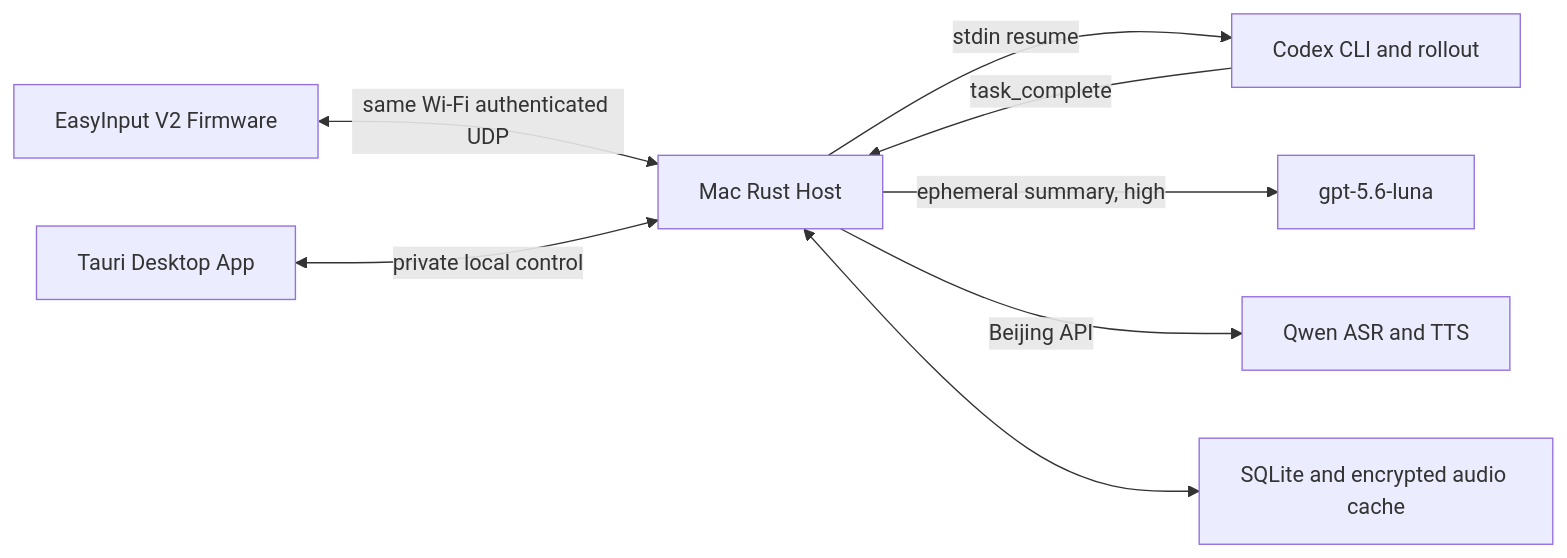
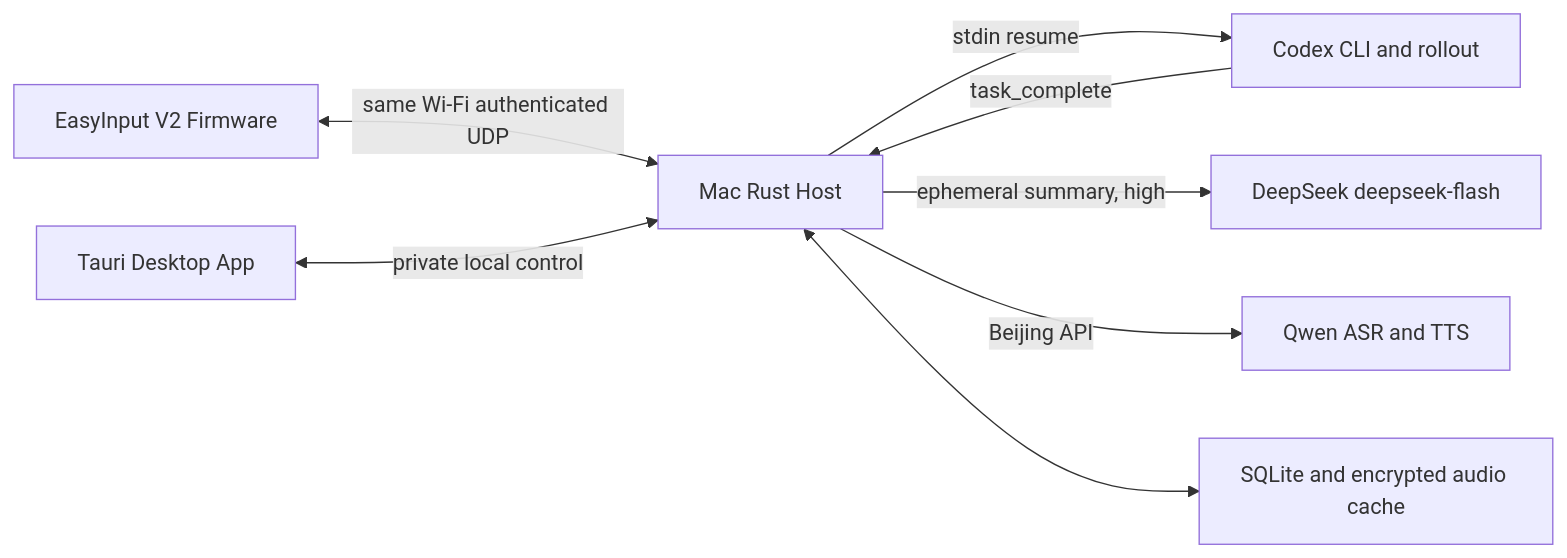
Before and after one commit to jsy96/lesson7: the diagram in docs/总体方案.md, drawn with Mermaid. The commit also changed other lines of this file and 9 other files, not shown here.

Commit message:
Switch summaries to DeepSeek and complete local HIL

````diff
--- a/docs/总体方案.md
+++ b/docs/总体方案.md
@@ -24,10 +24,10 @@
 ```mermaid
 flowchart LR
     K["EasyInput V2 Firmware"] <-->|"same Wi-Fi authenticated UDP"| H["Mac Rust Host"]
     U["Tauri Desktop App"] <-->|"private local control"| H
     H -->|"stdin resume"| C["Codex CLI and rollout"]
     C -->|"task_complete"| H
-    H -->|"ephemeral summary, high"| S["gpt-5.6-luna"]
+    H -->|"ephemeral summary, high"| S["DeepSeek deepseek-flash"]
     H -->|"Beijing API"| Q["Qwen ASR and TTS"]
     H <--> D["SQLite and encrypted audio cache"]
 ```
````
